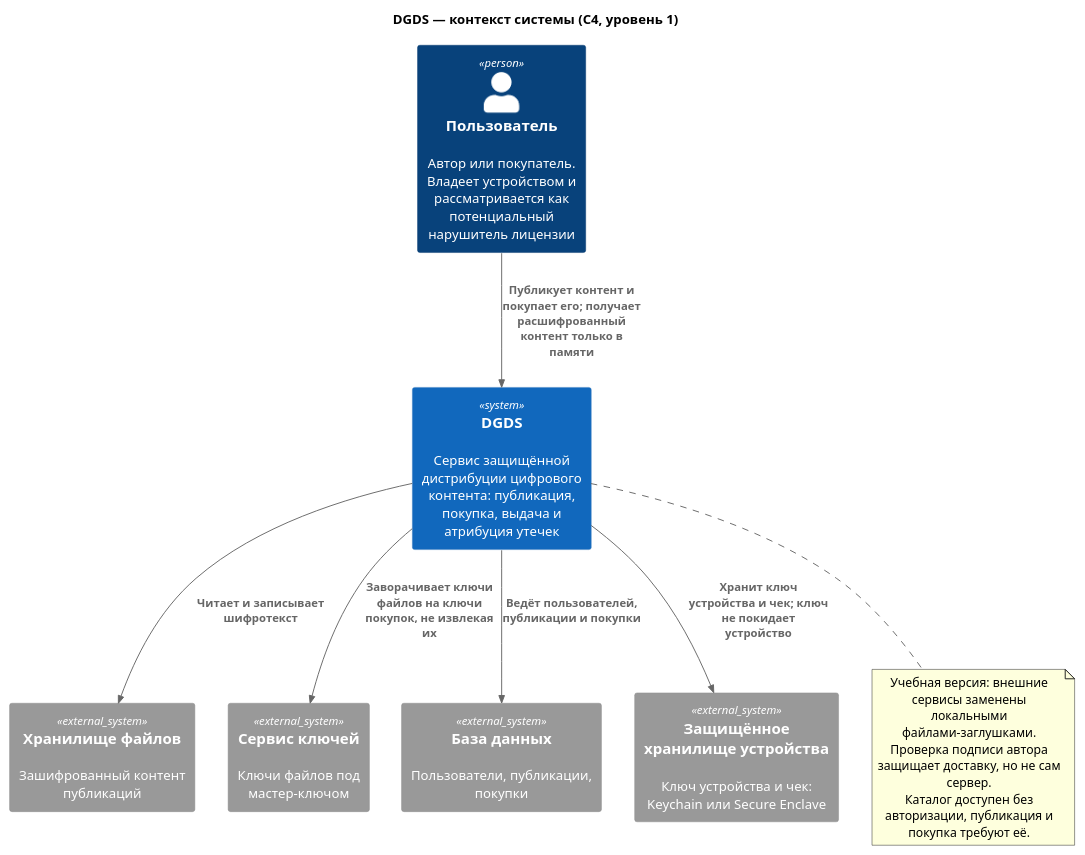
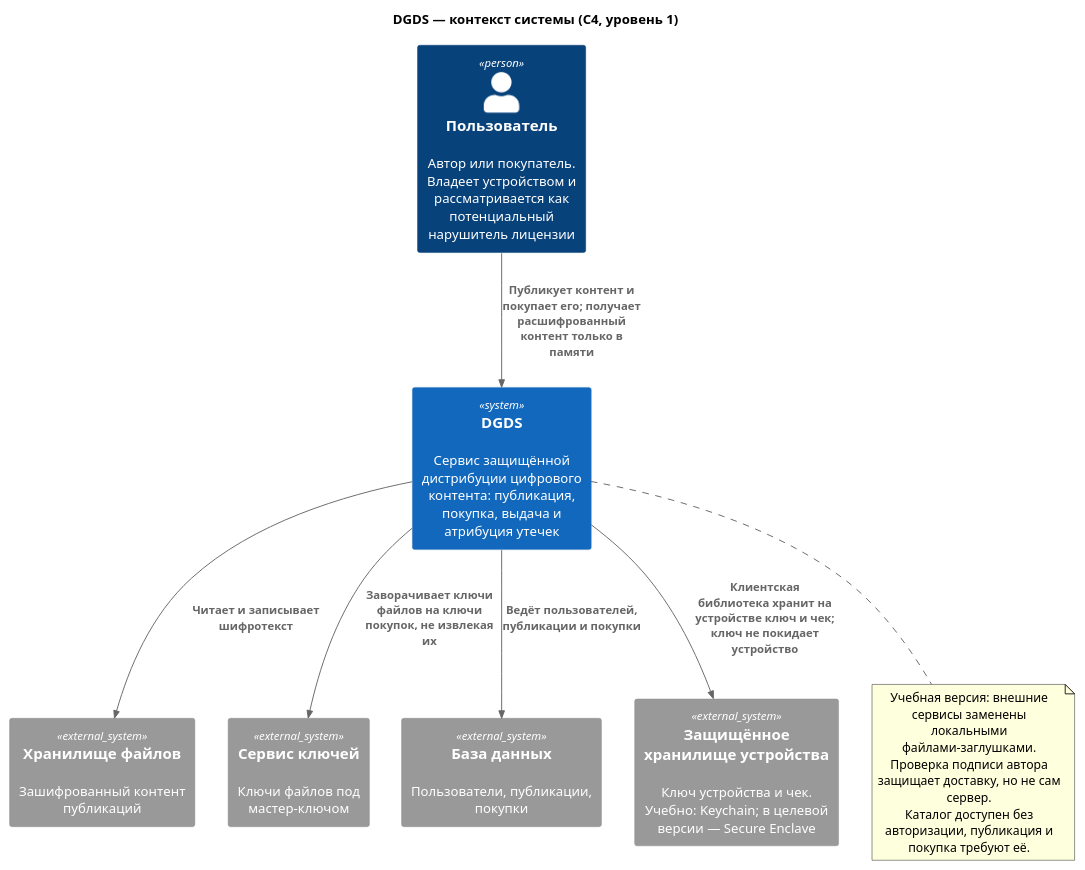
Before and after one commit to plushcube/dgds: the diagram in docs/architecture/01-context.puml, drawn with PlantUML. The commit also changed 86 other files, not shown here.

```diff
--- a/docs/architecture/01-context.puml
+++ b/docs/architecture/01-context.puml
@@ -1,27 +1,27 @@
 @startuml
 !include <C4/C4_Context>
 
 title DGDS — контекст системы (C4, уровень 1)
 
 Person(user, "Пользователь", "Автор или покупатель. Владеет устройством и рассматривается как потенциальный нарушитель лицензии")
 
 System(dgds, "DGDS", "Сервис защищённой дистрибуции цифрового контента: публикация, покупка, выдача и атрибуция утечек")
 
 System_Ext(blobs, "Хранилище файлов", "Зашифрованный контент публикаций")
 System_Ext(keys, "Сервис ключей", "Ключи файлов под мастер-ключом")
 System_Ext(meta, "База данных", "Пользователи, публикации, покупки")
-System_Ext(devicekey, "Защищённое хранилище устройства", "Ключ устройства и чек: Keychain или Secure Enclave")
+System_Ext(devicekey, "Защищённое хранилище устройства", "Ключ устройства и чек. Учебно: Keychain; в целевой версии — Secure Enclave")
 
 Rel(user, dgds, "Публикует контент и покупает его; получает расшифрованный контент только в памяти")
 Rel(dgds, blobs, "Читает и записывает шифротекст")
 Rel(dgds, keys, "Заворачивает ключи файлов на ключи покупок, не извлекая их")
 Rel(dgds, meta, "Ведёт пользователей, публикации и покупки")
-Rel(dgds, devicekey, "Хранит ключ устройства и чек; ключ не покидает устройство")
+Rel(dgds, devicekey, "Клиентская библиотека хранит на устройстве ключ и чек; ключ не покидает устройство")
 
 note bottom of dgds
   Учебная версия: внешние сервисы заменены локальными файлами-заглушками.
   Проверка подписи автора защищает доставку, но не сам сервер.
   Каталог доступен без авторизации, публикация и покупка требуют её.
 end note
 
 @enduml
```
